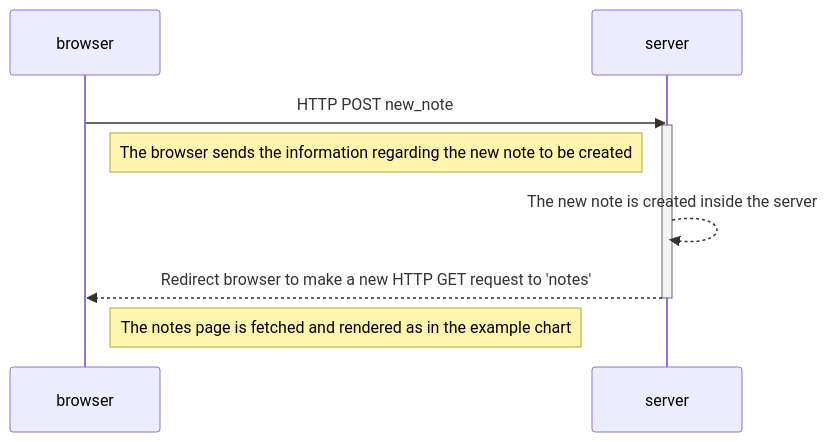
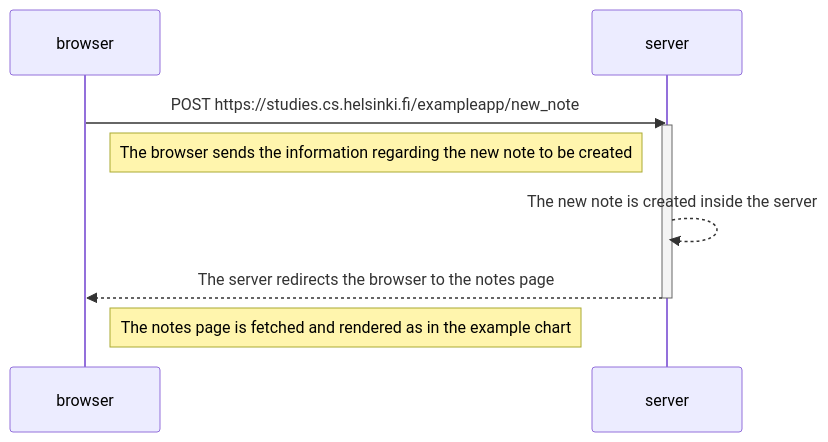
The first of 2 diagrams in osa0/sekvenssikaaviot.md (AnttiVainikka/Fullstack), drawn with Mermaid before and after one commit. The commit also changed other lines of this file, not shown here.

````diff
--- a/osa0/sekvenssikaaviot.md
+++ b/osa0/sekvenssikaaviot.md
@@ -3,13 +3,13 @@
 ```mermaid
 sequenceDiagram
     participant browser
     participant server
     
-    browser->>server: HTTP POST new_note
+    browser->>server: POST https://studies.cs.helsinki.fi/exampleapp/new_note
     activate server
 Note right of browser: The browser sends the information regarding the new note to be created
     server-->>server:  The new note is created inside the server
-    server-->>browser: Redirect browser to make a new HTTP GET request to 'notes'
+    server-->>browser: The server redirects the browser to the notes page
     deactivate server
 Note right of browser: The notes page is fetched and rendered as in the example chart
 ```
````
